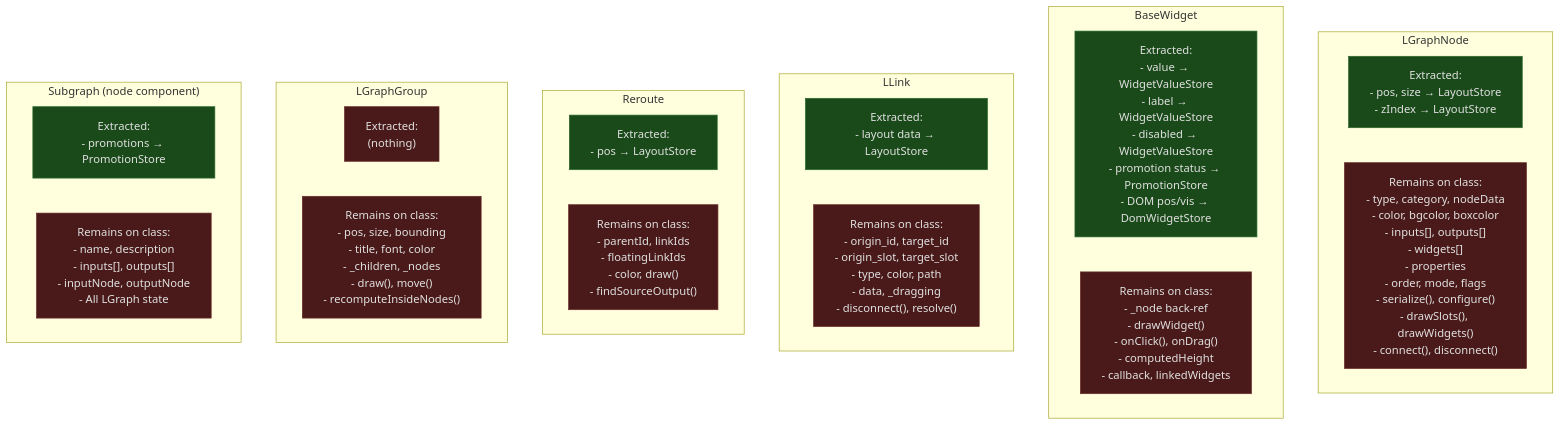
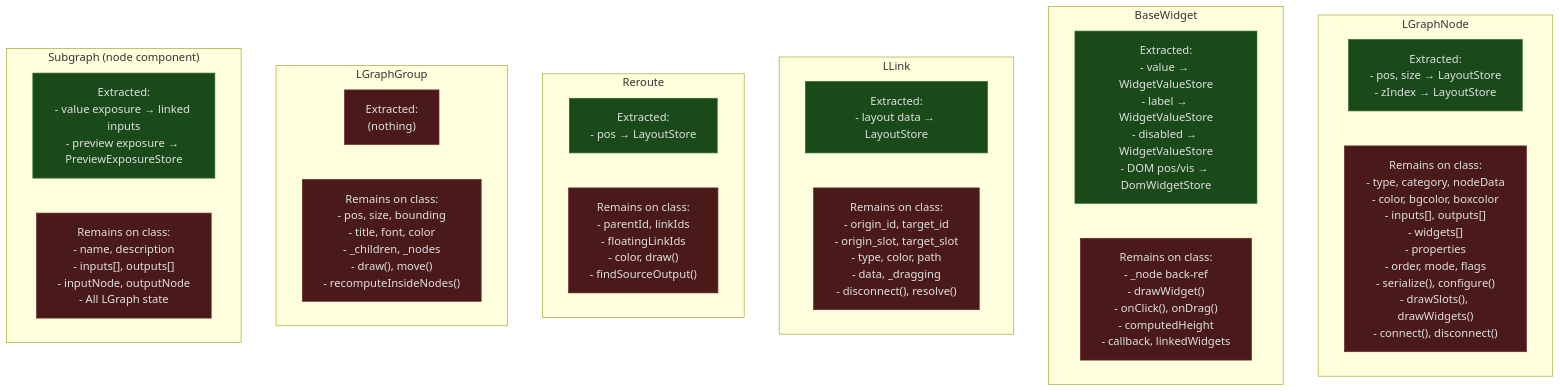
Before and after one commit to mg-org-4/sub-251027: the third of 3 diagrams in ComfyUI_frontend/docs/architecture/proto-ecs-stores.md, drawn with Mermaid. The commit also changed other lines of this file and 146 other files, not shown here.

```diff
--- a/ComfyUI_frontend/docs/architecture/proto-ecs-stores.md
+++ b/ComfyUI_frontend/docs/architecture/proto-ecs-stores.md
@@ -289,7 +266,6 @@
 - value → WidgetValueStore
 - label → WidgetValueStore
 - disabled → WidgetValueStore
-- promotion status → PromotionStore
 - DOM pos/vis → DomWidgetStore"]
         W_rem["Remains on class:
 - _node back-ref
@@ -333,7 +309,8 @@
 
     subgraph Subgraph["Subgraph (node component)"]
         S_ext["Extracted:
-- promotions → PromotionStore"]
+- value exposure → linked inputs
+- preview exposure → PreviewExposureStore"]
         S_rem["Remains on class:
 - name, description
 - inputs[], outputs[]
```
